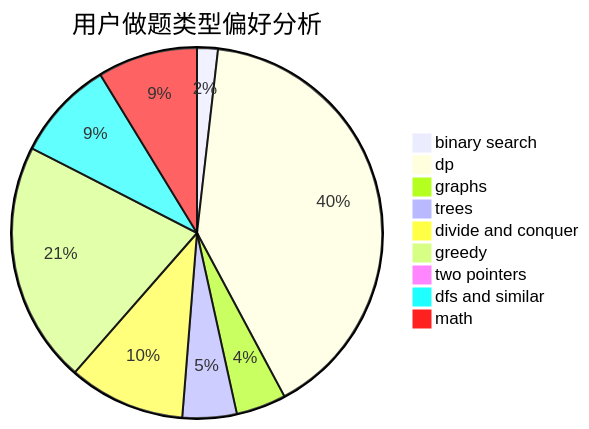
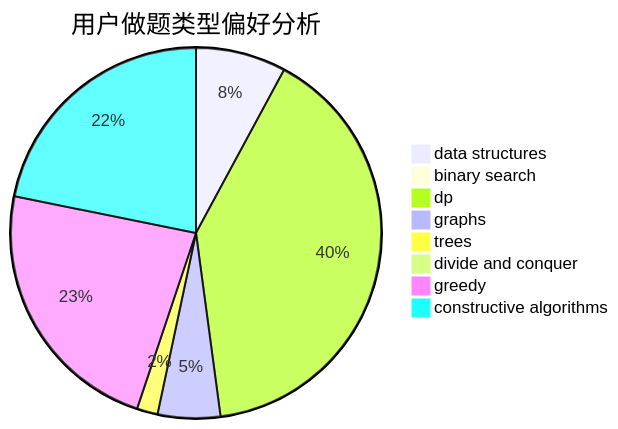
One commit to sherpahu/cfrs.github.io changed the second of 3 diagrams in docs/user/u1990.md. Above: the diagram before and after it, drawn with Mermaid. The commit also changed other lines of this file and 2775 other files, not shown here.

````diff
--- a/docs/user/u1990.md
+++ b/docs/user/u1990.md
@@ -23,12 +23,11 @@
 ```mermaid
 pie title 用户做题类型偏好分析
-    "binary search" :  5
-    "dp" :  111
-    "graphs" :  12
-    "trees" :  13
-    "divide and conquer" :  28
-    "greedy" :  58
-    "two pointers" :  0
-    "dfs and similar" :  24
-    "math" :  24
+    "data structures" :  13
+    "binary search" :  0
+    "dp" :  66
+    "graphs" :  9
+    "trees" :  3
+    "divide and conquer" :  0
+    "greedy" :  38
+    "constructive algorithms" :  36
 ```
````
